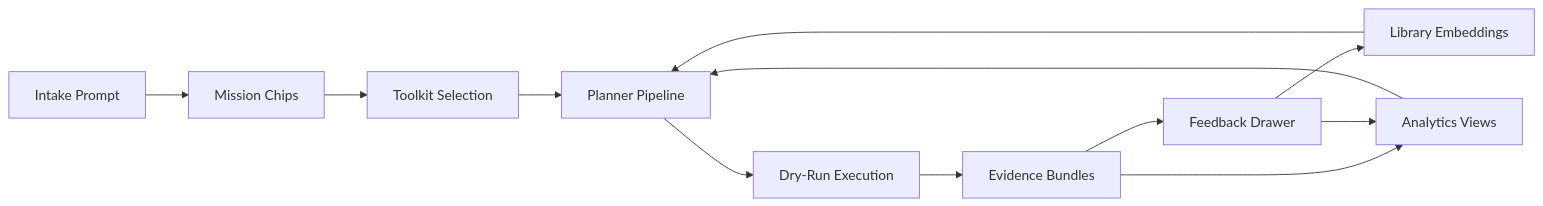
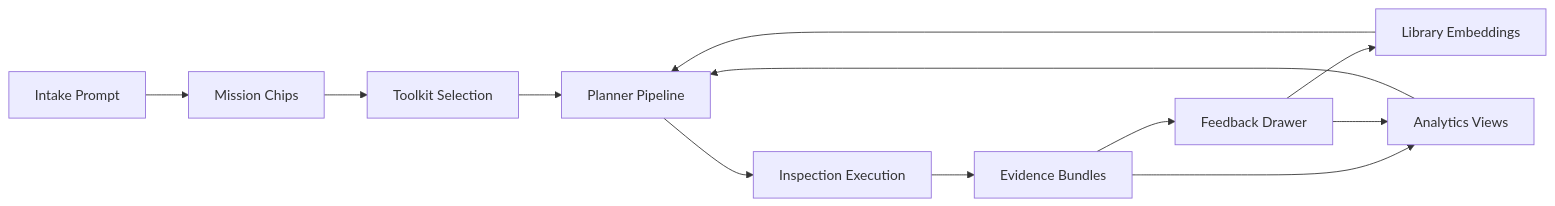
Before and after one commit to maxbaluev/ai_employee_0: the diagram in docs/diagrams/end_to_end_data_flow.mmd, drawn with Mermaid. The commit also changed 20 other files, not shown here.

````diff
--- a/docs/diagrams/end_to_end_data_flow.mmd
+++ b/docs/diagrams/end_to_end_data_flow.mmd
@@ -1,24 +1,24 @@
 ```mermaid
 flowchart LR
   Intent[Intake Prompt]
   Chips[Mission Chips]
   Planner[Planner Pipeline]
   Toolkit[Toolkit Selection]
-  Execution[Dry-Run Execution]
+  Execution[Inspection Execution]
   Evidence[Evidence Bundles]
   Feedback[Feedback Drawer]
   Library[Library Embeddings]
   Analytics[Analytics Views]
 
   Intent --> Chips
   Chips --> Toolkit
   Toolkit --> Planner
   Planner --> Execution
   Execution --> Evidence
   Evidence --> Feedback
   Feedback --> Library
   Library --> Planner
   Evidence --> Analytics
   Feedback --> Analytics
   Analytics --> Planner
 ```
````
